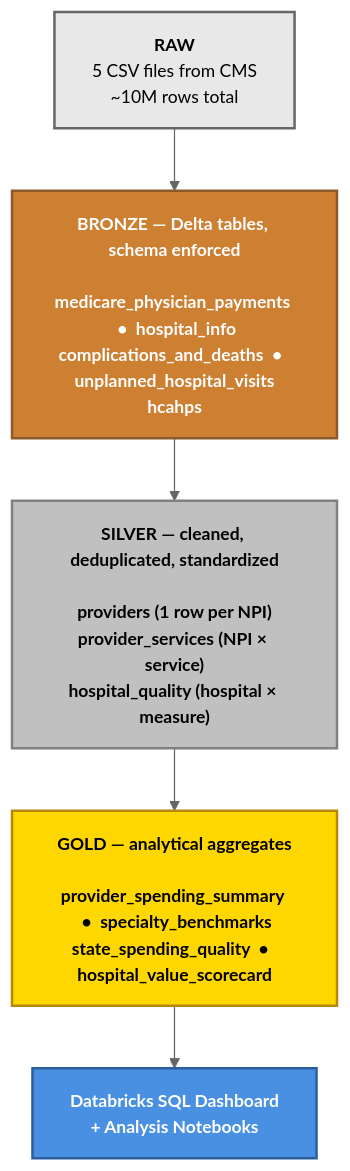
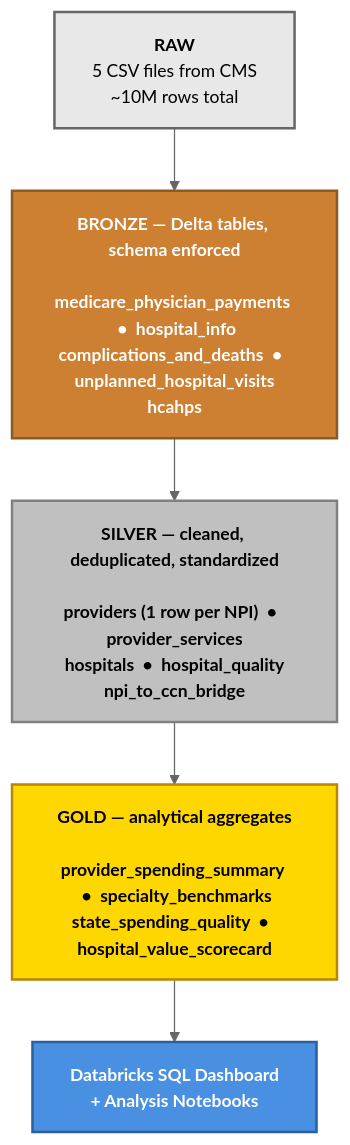
The diagram in docs/architecture.md (aryobeen007/medicare-provider-spending-vs-quality), drawn with Mermaid (neutral theme) before and after one commit. The commit also changed other lines of this file and 7 other files, not shown here.

Commit message:
Phase 3 silver: 5 silver tables built; notebook exported; architecture updated to reflect actual silver layer

````diff
--- a/docs/architecture.md
+++ b/docs/architecture.md
@@ -7,23 +7,23 @@
 ```mermaid
 flowchart TD
     classDef rawStyle fill:#e8e8e8,stroke:#666,stroke-width:2px,color:#000,font-size:14px
     classDef bronzeStyle fill:#cd7f32,stroke:#8b5a2b,stroke-width:2px,color:#fff,font-size:14px,font-weight:bold
     classDef silverStyle fill:#c0c0c0,stroke:#808080,stroke-width:2px,color:#000,font-size:14px,font-weight:bold
     classDef goldStyle fill:#ffd700,stroke:#b8860b,stroke-width:2px,color:#000,font-size:14px,font-weight:bold
     classDef outputStyle fill:#4a90e2,stroke:#2c5f9e,stroke-width:2px,color:#fff,font-size:14px,font-weight:bold
 
     RAW["<b>RAW</b><br/>5 CSV files from CMS<br/>~10M rows total"]:::rawStyle
 
     BRONZE["<b>BRONZE</b> — Delta tables, schema enforced<br/><br/>medicare_physician_payments &nbsp;•&nbsp; hospital_info<br/>complications_and_deaths &nbsp;•&nbsp; unplanned_hospital_visits<br/>hcahps"]:::bronzeStyle
 
-    SILVER["<b>SILVER</b> — cleaned, deduplicated, standardized<br/><br/>providers (1 row per NPI)<br/>provider_services (NPI × service)<br/>hospital_quality (hospital × measure)"]:::silverStyle
+    SILVER["<b>SILVER</b> — cleaned, deduplicated, standardized<br/><br/>providers (1 row per NPI) &nbsp;•&nbsp; provider_services<br/>hospitals &nbsp;•&nbsp; hospital_quality<br/>npi_to_ccn_bridge"]:::silverStyle
 
     GOLD["<b>GOLD</b> — analytical aggregates<br/><br/>provider_spending_summary &nbsp;•&nbsp; specialty_benchmarks<br/>state_spending_quality &nbsp;•&nbsp; hospital_value_scorecard"]:::goldStyle
 
     DASH["<b>Databricks SQL Dashboard</b><br/>+ Analysis Notebooks"]:::outputStyle
 
     RAW --> BRONZE
     BRONZE --> SILVER
     SILVER --> GOLD
     GOLD --> DASH
 ```
````
